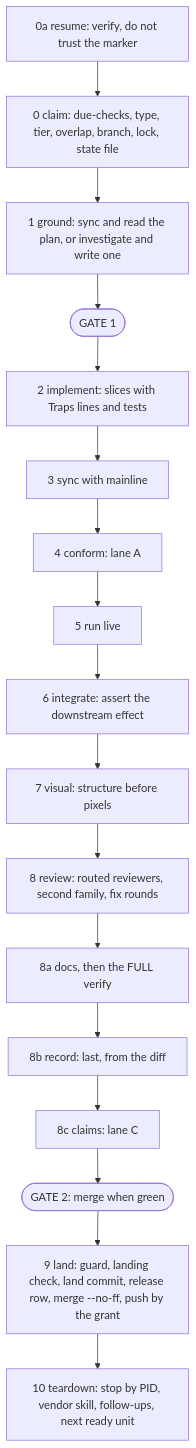
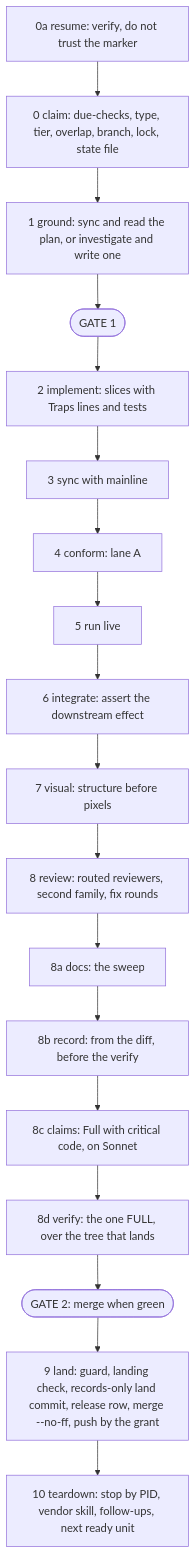
One commit to biji-dev/ecc-js changed the fourth of 5 diagrams in docs/HARNESS.md. Above: the diagram before and after it, drawn with Mermaid. The commit also changed other lines of this file, not shown here.

````diff
--- a/docs/HARNESS.md
+++ b/docs/HARNESS.md
@@ -621,19 +648,20 @@
 ```mermaid
 flowchart TD
   S0a["0a resume: verify, do not trust the marker"] --> S0["0 claim: due-checks, type, tier, overlap, branch, lock, state file"]
   S0 --> S1["1 ground: sync and read the plan, or investigate and write one"]
   S1 --> G1(["GATE 1"])
   G1 --> S2["2 implement: slices with Traps lines and tests"]
   S2 --> S3["3 sync with mainline"]
   S3 --> S4["4 conform: lane A"]
   S4 --> S5["5 run live"]
   S5 --> S6["6 integrate: assert the downstream effect"]
   S6 --> S7["7 visual: structure before pixels"]
   S7 --> S8["8 review: routed reviewers, second family, fix rounds"]
-  S8 --> S8a["8a docs, then the FULL verify"]
-  S8a --> S8b["8b record: last, from the diff"]
-  S8b --> S8c["8c claims: lane C"]
-  S8c --> G2(["GATE 2: merge when green"])
-  G2 --> S9["9 land: guard, landing check, land commit, release row, merge --no-ff, push by the grant"]
+  S8 --> S8a["8a docs: the sweep"]
+  S8a --> S8b["8b record: from the diff, before the verify"]
+  S8b --> S8c["8c claims: Full with critical code, on Sonnet"]
+  S8c --> S8d["8d verify: the one FULL, over the tree that lands"]
+  S8d --> G2(["GATE 2: merge when green"])
+  G2 --> S9["9 land: guard, landing check, records-only land commit, release row, merge --no-ff, push by the grant"]
   S9 --> S10["10 teardown: stop by PID, vendor skill, follow-ups, next ready unit"]
 ```
````
